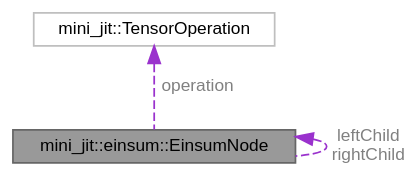
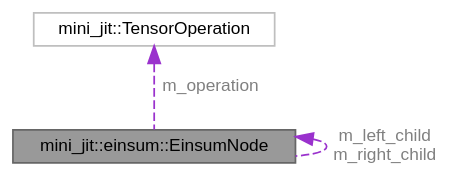
Before and after one commit to Shad00Z/machine-learning-compilers: the diagram in structmini__jit_1_1einsum_1_1EinsumNode__coll__graph.dot, drawn with Graphviz. The commit also changed 30 other files, not shown here.

```diff
--- a/structmini__jit_1_1einsum_1_1EinsumNode__coll__graph.dot
+++ b/structmini__jit_1_1einsum_1_1EinsumNode__coll__graph.dot
@@ -1,11 +1,11 @@
 digraph "mini_jit::einsum::EinsumNode"
 {
  // LATEX_PDF_SIZE
   bgcolor="transparent";
   edge [fontname=Helvetica,fontsize=10,labelfontname=Helvetica,labelfontsize=10];
   node [fontname=Helvetica,fontsize=10,shape=box,height=0.2,width=0.4];
   Node1 [id="Node000001",label="mini_jit::einsum::EinsumNode",height=0.2,width=0.4,color="gray40", fillcolor="grey60", style="filled", fontcolor="black",tooltip=" "];
-  Node2 -> Node1 [id="edge1_Node000001_Node000002",dir="back",color="darkorchid3",style="dashed",tooltip=" ",label=" operation",fontcolor="grey" ];
+  Node2 -> Node1 [id="edge1_Node000001_Node000002",dir="back",color="darkorchid3",style="dashed",tooltip=" ",label=" m_operation",fontcolor="grey" ];
   Node2 [id="Node000002",label="mini_jit::TensorOperation",height=0.2,width=0.4,color="grey75", fillcolor="white", style="filled",URL="$classmini__jit_1_1TensorOperation.html",tooltip=" "];
-  Node1 -> Node1 [id="edge2_Node000001_Node000001",dir="back",color="darkorchid3",style="dashed",tooltip=" ",label=" leftChild\nrightChild",fontcolor="grey" ];
+  Node1 -> Node1 [id="edge2_Node000001_Node000001",dir="back",color="darkorchid3",style="dashed",tooltip=" ",label=" m_left_child\nm_right_child",fontcolor="grey" ];
 }
```
